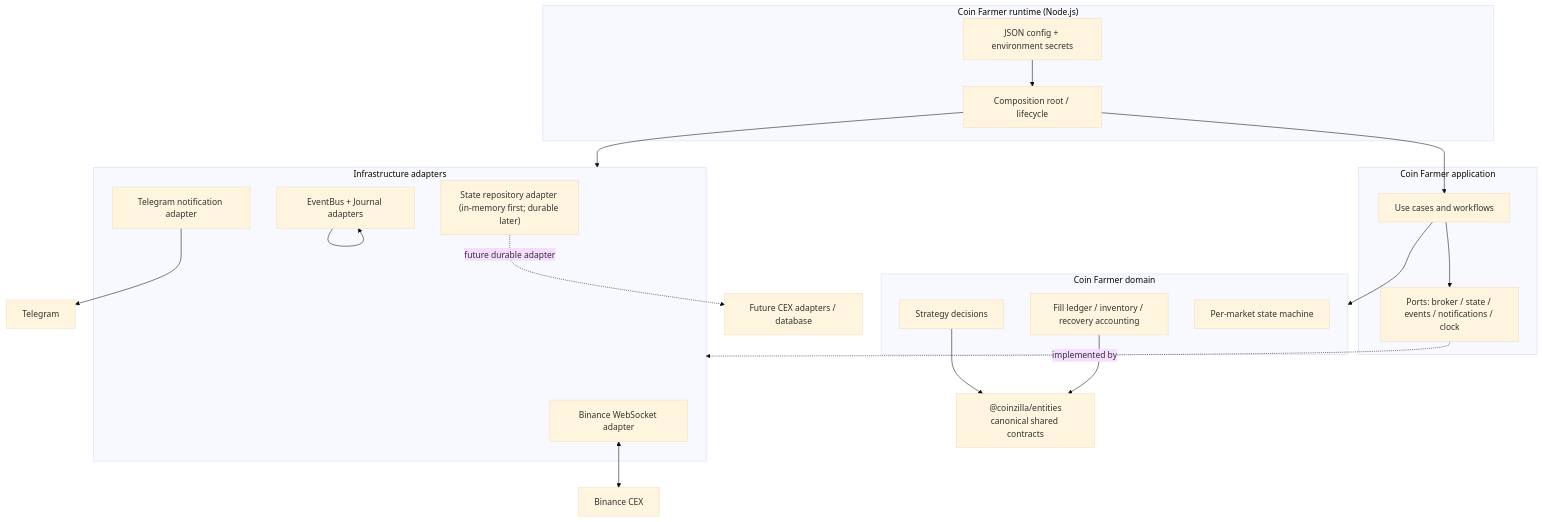
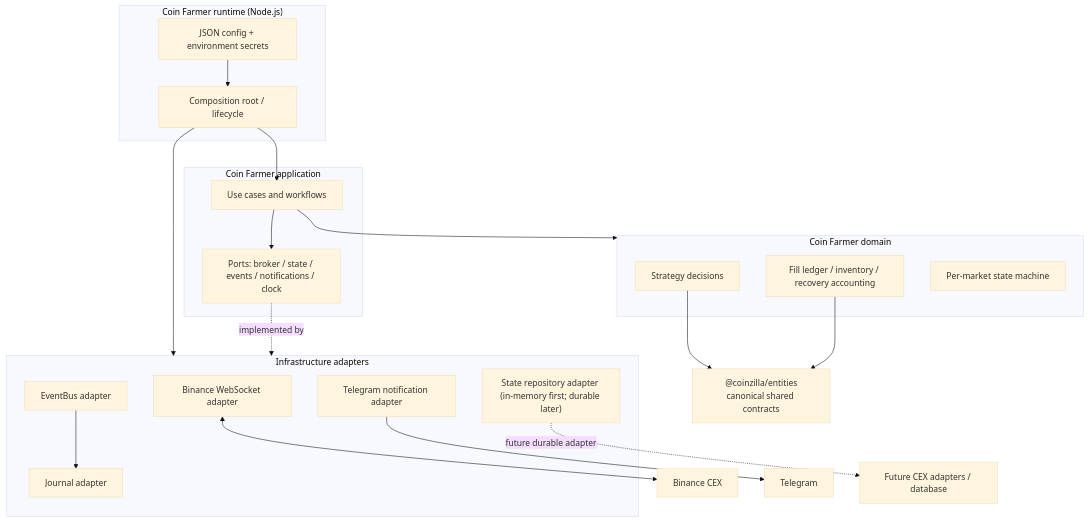
One commit to 45s/coinzilla changed the diagram in apps/bot-coin-farmer/README.md. Above: the diagram before and after it, drawn with Mermaid (base theme).

Commit message:
docs: correct Coin Farmer README integration diagram

````diff
--- a/apps/bot-coin-farmer/README.md
+++ b/apps/bot-coin-farmer/README.md
@@ -50,43 +50,44 @@
 ```mermaid
 flowchart TB
   subgraph runtime["Coin Farmer runtime (Node.js)"]
     config["JSON config + environment secrets"]
     composition["Composition root / lifecycle"]
   end
 
   subgraph app["Coin Farmer application"]
     workflows["Use cases and workflows"]
     ports["Ports: broker / state / events / notifications / clock"]
   end
 
   subgraph domain["Coin Farmer domain"]
     strategy["Strategy decisions"]
     accounting["Fill ledger / inventory / recovery accounting"]
     state["Per-market state machine"]
   end
 
   subgraph adapters["Infrastructure adapters"]
     binance["Binance WebSocket adapter"]
     telegram["Telegram notification adapter"]
-    eventbus["EventBus + Journal adapters"]
+    eventbus["EventBus adapter"]
+    journal["Journal adapter"]
     persistence["State repository adapter (in-memory first; durable later)"]
   end
 
   contracts["@coinzilla/entities\ncanonical shared contracts"]
   exchange["Binance CEX"]
   tg["Telegram"]
   future["Future CEX adapters / database"]
 
   config --> composition
   composition --> workflows
   composition --> adapters
   workflows --> ports
   workflows --> domain
   ports -. implemented by .-> adapters
   strategy --> contracts
   accounting --> contracts
   binance <--> exchange
   telegram --> tg
-  eventbus --> eventbus
+  eventbus --> journal
   persistence -. future durable adapter .-> future
 ```
````
